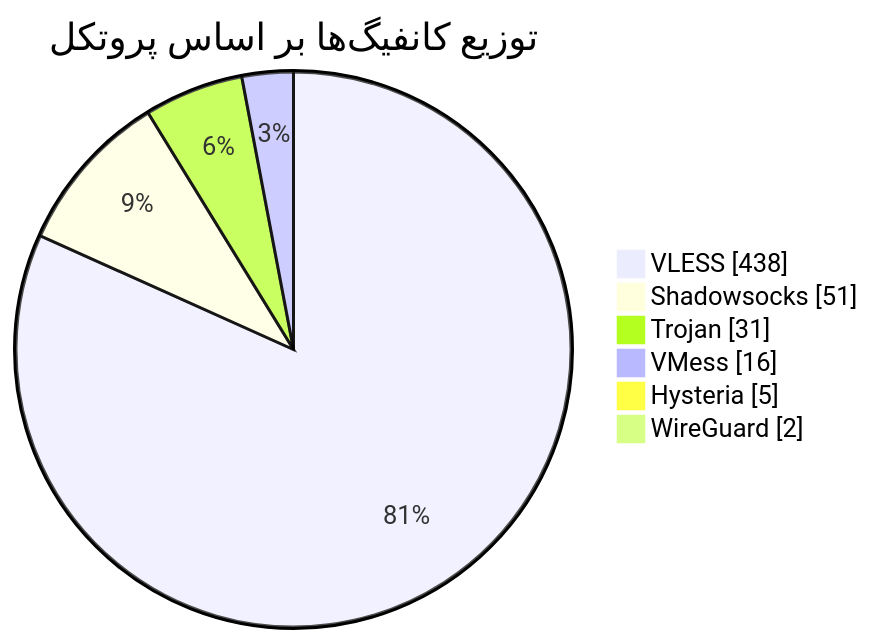
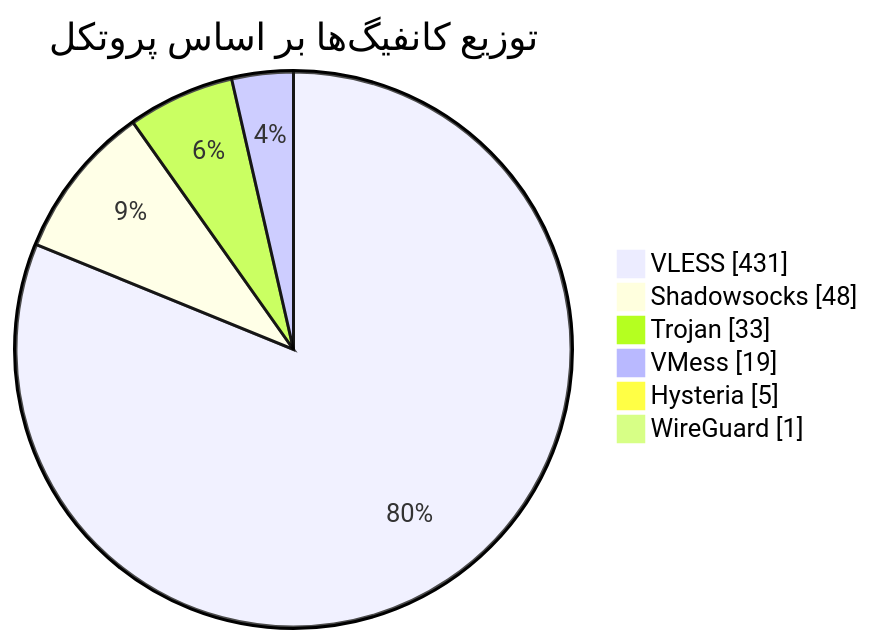
The diagram in README.md (Arian-Alijani/Somthing), drawn with Mermaid before and after one commit. The commit also changed other lines of this file and 77 other files, not shown here.

````diff
--- a/README.md
+++ b/README.md
@@ -48,10 +48,10 @@
 ```mermaid
 pie showData
     title توزیع کانفیگ‌ها بر اساس پروتکل
-    "VLESS" : 438
-    "Shadowsocks" : 51
-    "Trojan" : 31
-    "VMess" : 16
+    "VLESS" : 431
+    "Shadowsocks" : 48
+    "Trojan" : 33
+    "VMess" : 19
     "Hysteria" : 5
-    "WireGuard" : 2
+    "WireGuard" : 1
 ```
````
